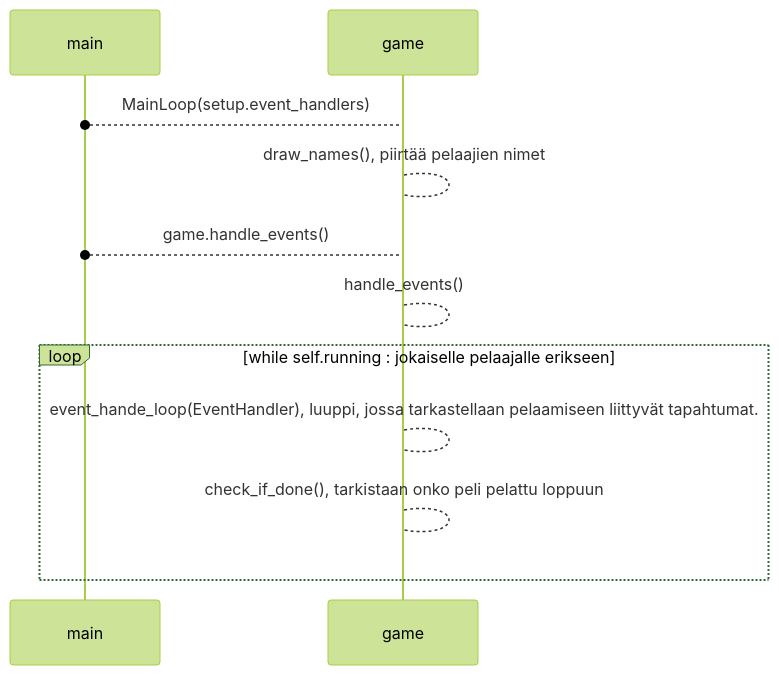
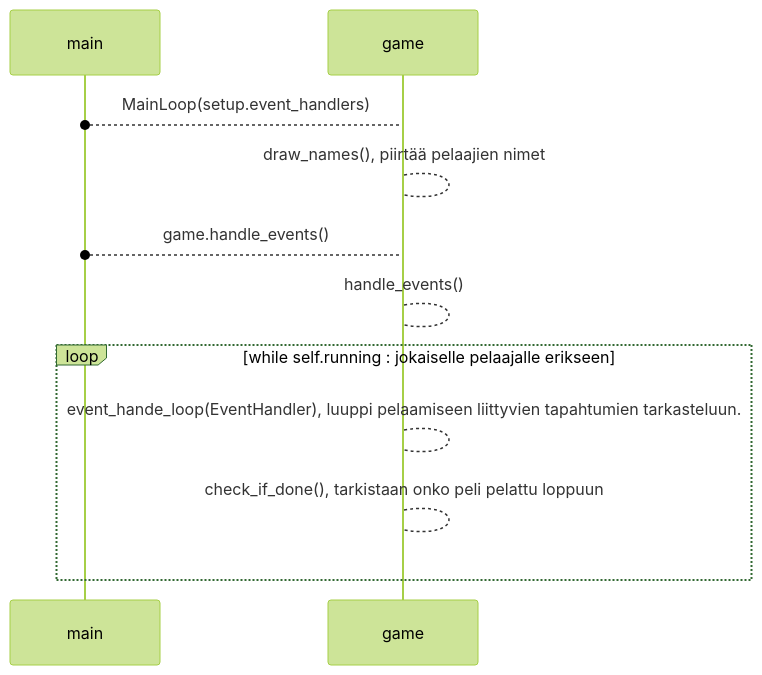
The fourth of 6 diagrams in dokumentaatio/arkkitehtuuri.md (alumppio/ot-harjoitustyo), drawn with Mermaid (forest theme) before and after one commit. The commit also changed other lines of this file, not shown here.

````diff
--- a/dokumentaatio/arkkitehtuuri.md
+++ b/dokumentaatio/arkkitehtuuri.md
@@ -100,11 +112,11 @@
 ```mermaid
 sequenceDiagram
     main()-->game : MainLoop(setup.event_handlers)
     game-->game : draw_names(), piirtää pelaajien nimet
     main()-->game : game.handle_events()
     game-->game : handle_events()
     loop while self.running : jokaiselle pelaajalle erikseen
-        game-->game : event_hande_loop(EventHandler), luuppi, jossa tarkastellaan pelaamiseen liittyvät tapahtumat.
+        game-->game : event_hande_loop(EventHandler), luuppi pelaamiseen liittyvien tapahtumien tarkasteluun.
         game-->game : check_if_done(), tarkistaan onko peli pelattu loppuun
     end
 ```
````
